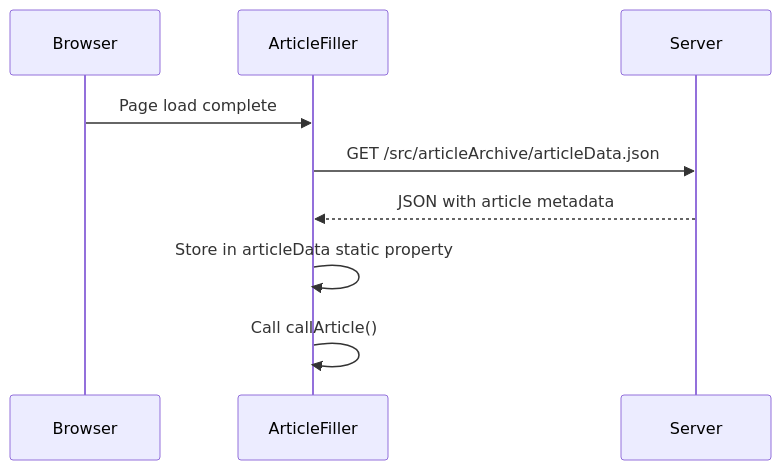
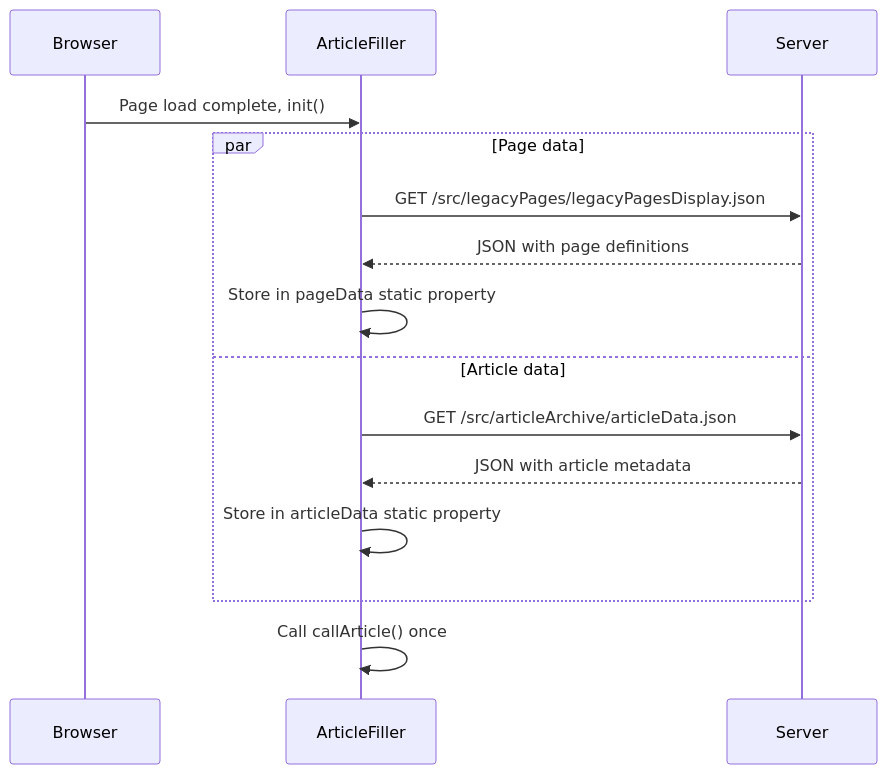
The second of 5 diagrams in docs/architecture/data-flow.md (AlexJSully/Small-Dev-Talk), drawn with Mermaid before and after one commit. The commit also changed other lines of this file and 10 other files, not shown here.

First line of the commit message:
Report site errors to Sentry directly and render once after both loads

````diff
--- a/docs/architecture/data-flow.md
+++ b/docs/architecture/data-flow.md
@@ -125,14 +125,20 @@
 ```mermaid
 sequenceDiagram
     accTitle: Article data retrieval sequence
-    accDescr: After the browser completes loading, ArticleFiller fetches articleData.json from /src/articleArchive/, stores it in the articleData static property, then calls callArticle().
+    accDescr: After the browser completes loading, init() has ArticleFiller fetch legacyPagesDisplay.json and articleData.json together, store them in the pageData and articleData static properties, then call callArticle() once both requests settle.
     participant Browser
     participant AF as ArticleFiller
     participant Server
 
-    Browser->>AF: Page load complete
-    AF->>Server: GET /src/articleArchive/articleData.json
-    Server-->>AF: JSON with article metadata
-    AF->>AF: Store in articleData static property
-    AF->>AF: Call callArticle()
+    Browser->>AF: Page load complete, init()
+    par Page data
+        AF->>Server: GET /src/legacyPages/legacyPagesDisplay.json
+        Server-->>AF: JSON with page definitions
+        AF->>AF: Store in pageData static property
+    and Article data
+        AF->>Server: GET /src/articleArchive/articleData.json
+        Server-->>AF: JSON with article metadata
+        AF->>AF: Store in articleData static property
+    end
+    AF->>AF: Call callArticle() once
 ```
````
